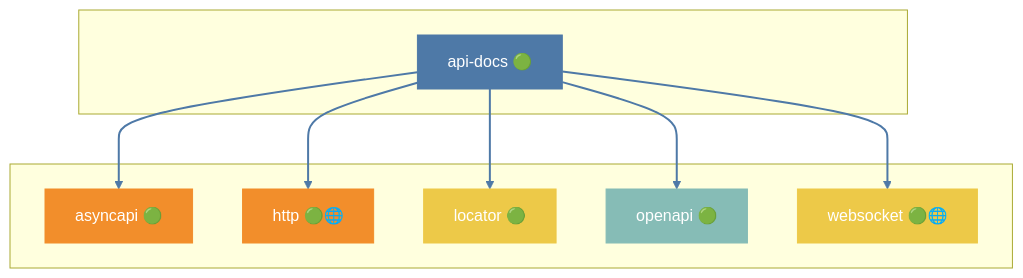
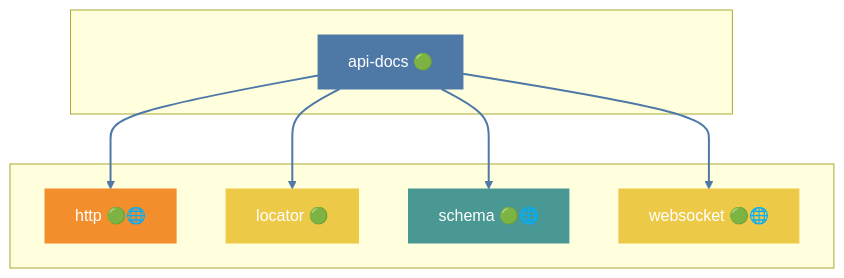
The second of 43 diagrams in docs/DEPENDENCIES.md (grest-ts/grest-ts), drawn with Mermaid before and after one commit. The commit also changed other lines of this file and 52 other files, not shown here.

````diff
--- a/docs/DEPENDENCIES.md
+++ b/docs/DEPENDENCIES.md
@@ -393,29 +391,25 @@
 ```mermaid
 flowchart TB
     subgraph Package[" "]
         api-docs["api-docs 🟢"]
     end
     subgraph Dependencies[" "]
-        asyncapi["asyncapi 🟢"]
         http["http 🟢🌐"]
         locator["locator 🟢"]
-        openapi["openapi 🟢"]
+        schema["schema 🟢🌐"]
         websocket["websocket 🟢🌐"]
     end
-    api-docs --> asyncapi
     api-docs --> http
     api-docs --> locator
-    api-docs --> openapi
+    api-docs --> schema
     api-docs --> websocket
     style api-docs fill:#4E79A7,stroke:#4E79A7,color:#fff
-    style asyncapi fill:#F28E2B,stroke:#F28E2B,color:#fff
     style http fill:#F28E2B,stroke:#F28E2B,color:#fff
     style locator fill:#EDC948,stroke:#EDC948,color:#fff
-    style openapi fill:#86BCB6,stroke:#86BCB6,color:#fff
+    style schema fill:#499894,stroke:#499894,color:#fff
     style websocket fill:#EDC948,stroke:#EDC948,color:#fff
     linkStyle 0 stroke:#4E79A7,stroke-width:2px
     linkStyle 1 stroke:#4E79A7,stroke-width:2px
     linkStyle 2 stroke:#4E79A7,stroke-width:2px
     linkStyle 3 stroke:#4E79A7,stroke-width:2px
-    linkStyle 4 stroke:#4E79A7,stroke-width:2px
 ```
````
